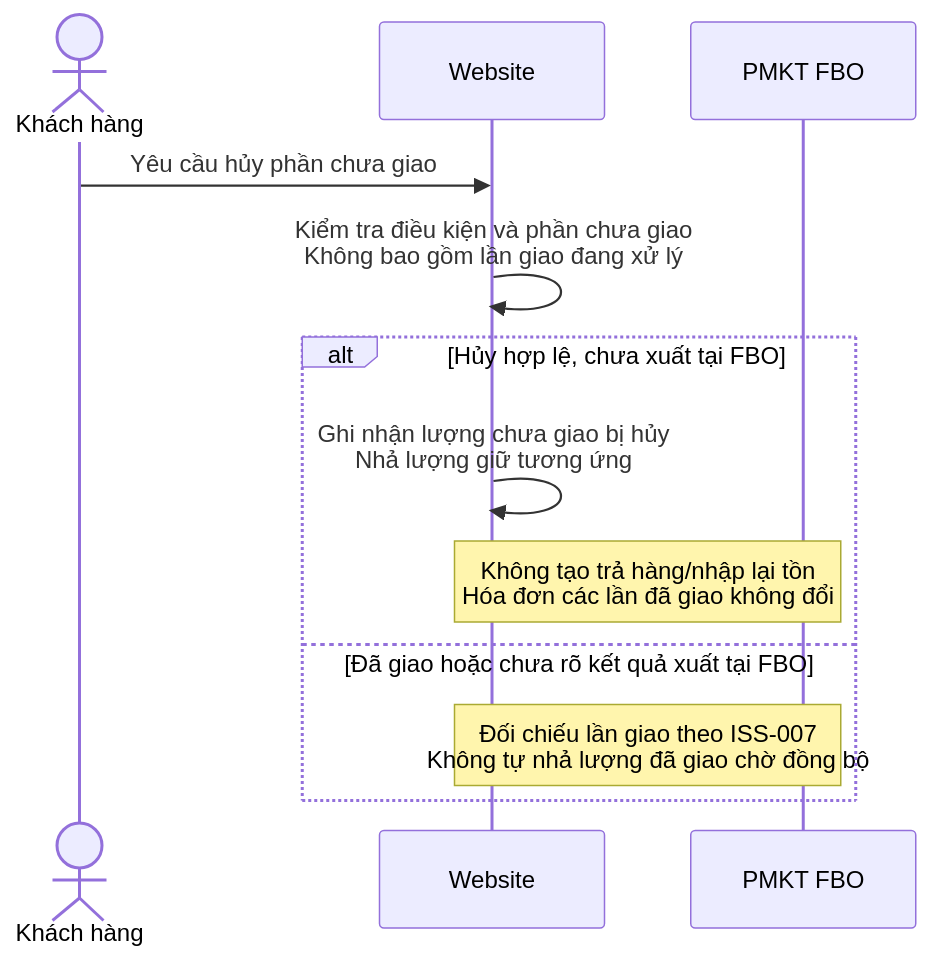
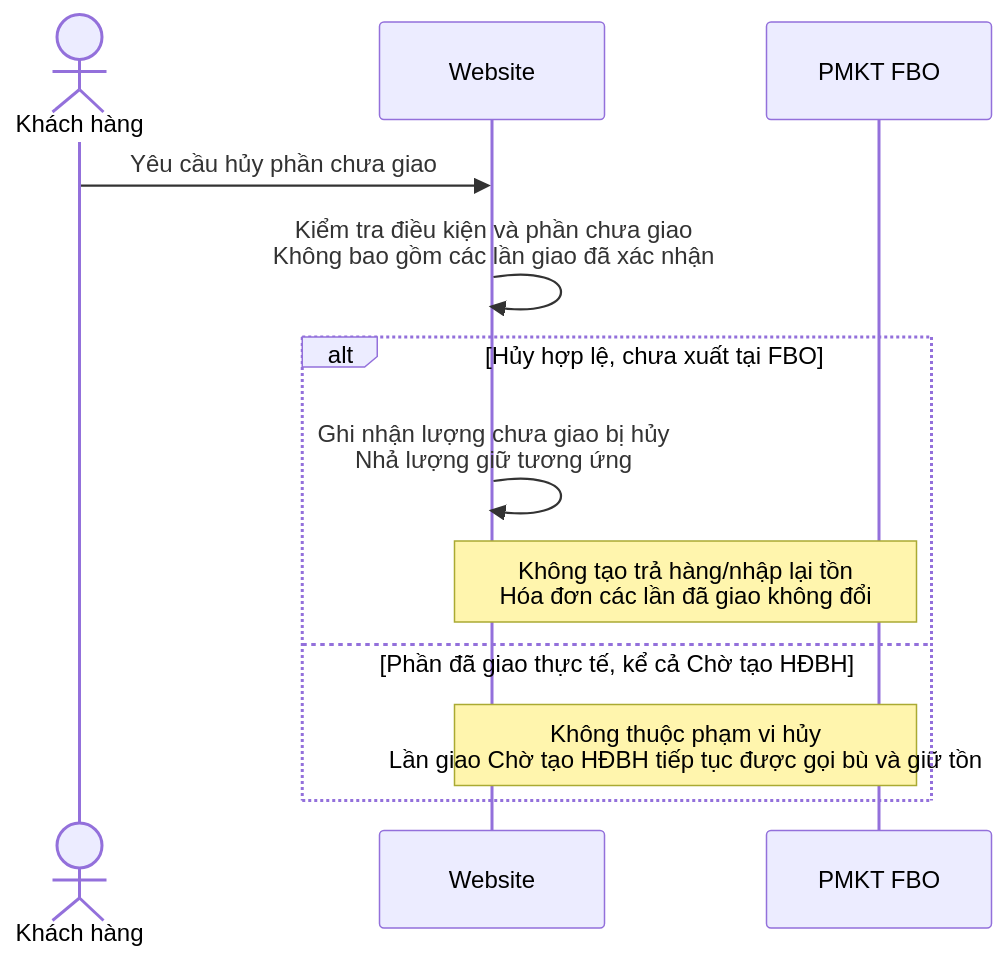
The third of 4 diagrams in BRD.md (quangnh0609/PhuongThao), drawn with Mermaid before and after one commit. The commit also changed other lines of this file and 10323 other files, not shown here.

````diff
--- a/BRD.md
+++ b/BRD.md
@@ -185,14 +190,14 @@
 ```mermaid
 sequenceDiagram
     actor KH as Khách hàng
     participant WEB as Website
     participant FBO as PMKT FBO
     KH->>WEB: Yêu cầu hủy phần chưa giao
-    WEB->>WEB: Kiểm tra điều kiện và phần chưa giao<br/>Không bao gồm lần giao đang xử lý
+    WEB->>WEB: Kiểm tra điều kiện và phần chưa giao<br/>Không bao gồm các lần giao đã xác nhận
     alt Hủy hợp lệ, chưa xuất tại FBO
         WEB->>WEB: Ghi nhận lượng chưa giao bị hủy<br/>Nhả lượng giữ tương ứng
         Note over WEB,FBO: Không tạo trả hàng/nhập lại tồn<br/>Hóa đơn các lần đã giao không đổi
-    else Đã giao hoặc chưa rõ kết quả xuất tại FBO
-        Note over WEB,FBO: Đối chiếu lần giao theo ISS-007<br/>Không tự nhả lượng đã giao chờ đồng bộ
+    else Phần đã giao thực tế, kể cả Chờ tạo HĐBH
+        Note over WEB,FBO: Không thuộc phạm vi hủy<br/>Lần giao Chờ tạo HĐBH tiếp tục được gọi bù và giữ tồn
     end
 ```
````
